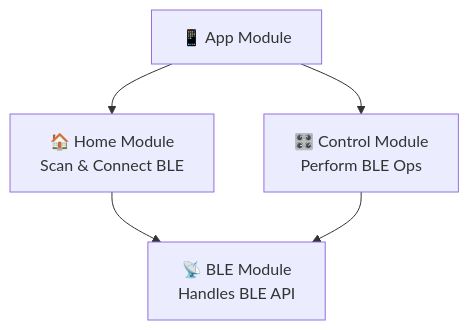
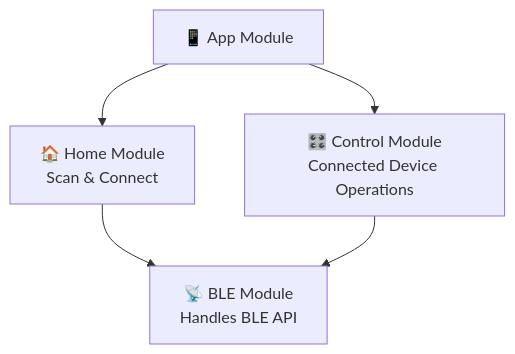
One commit to lordvampire/BleLinkLandingTracker changed the diagram in readme.md. Above: the diagram before and after it, drawn with Mermaid. The commit also changed other lines of this file, not shown here.

````diff
--- a/readme.md
+++ b/readme.md
@@ -37,12 +37,12 @@
 ```mermaid
 graph TD;
     app["📱 App Module"]
-    home["🏠 Home Module<br>Scan & Connect BLE"]
-    control["🎛️ Control Module<br>Perform BLE Ops"]
+    home["🏠 Home Module<br>Scan & Connect"]
+    control["🎛️ Control Module<br>Connected Device Operations"]
     ble["📡 BLE Module<br>Handles BLE API"]
 
     app --> home
     app --> control
     home --> ble
     control --> ble
 ```
````
